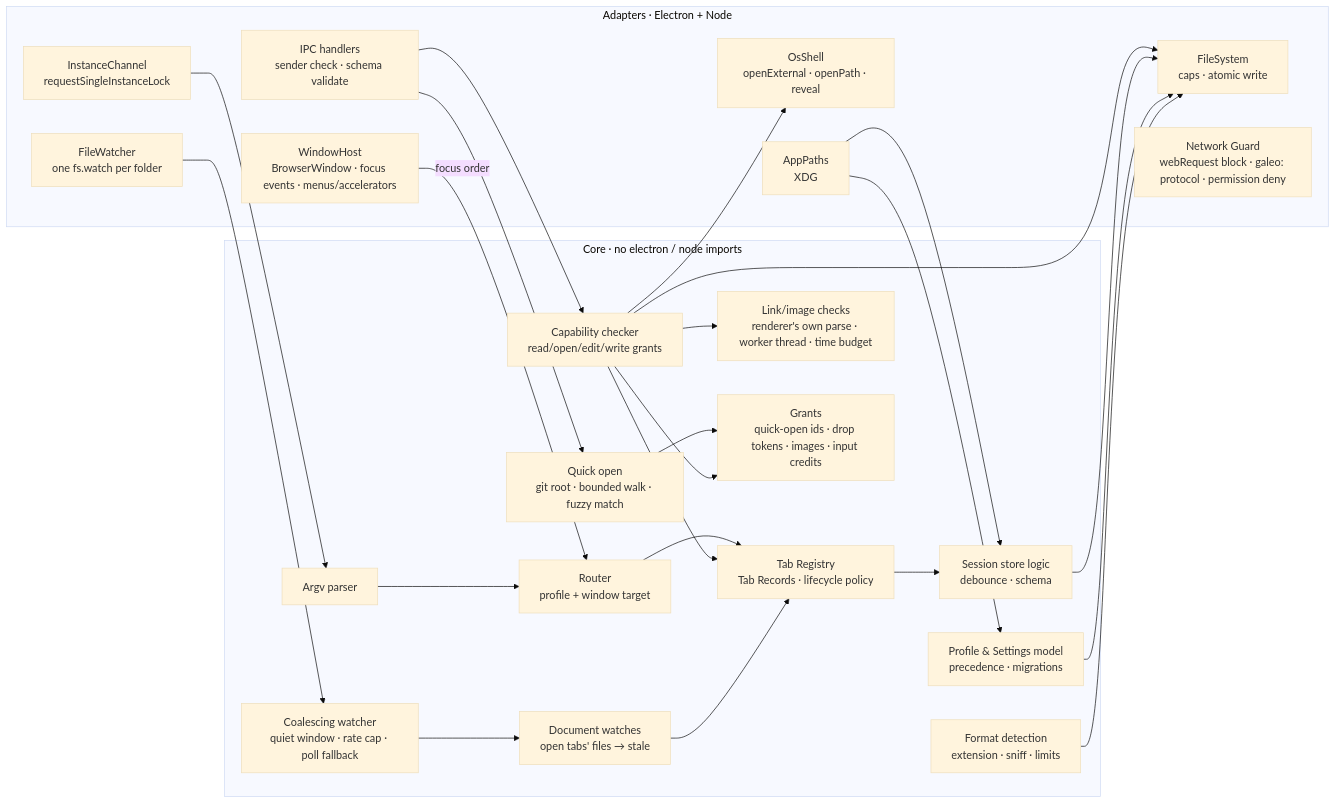
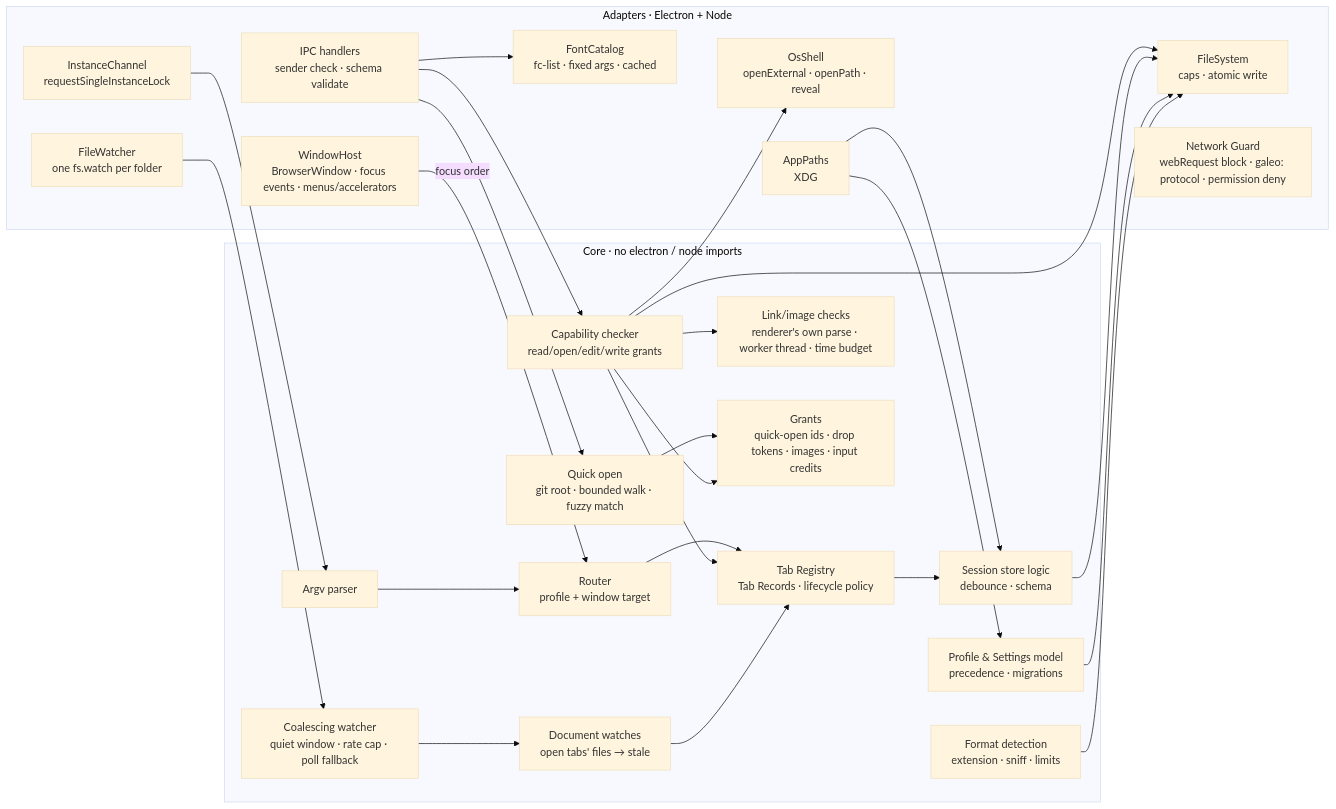
Before and after one commit to SWEStash/galeo: the third of 6 diagrams in docs/ARCHITECTURE.md, drawn with Mermaid (base theme). The commit also changed other lines of this file and 3 other files, not shown here.

First line of the commit message:
docs: reader width, font listing and About in the architecture and threat model

````diff
--- a/docs/ARCHITECTURE.md
+++ b/docs/ARCHITECTURE.md
@@ -137,39 +139,41 @@
 ```mermaid
 flowchart LR
   subgraph core[Core · no electron / node imports]
     argv[Argv parser]
     routing[Router<br/>profile + window target]
     reg[Tab Registry<br/>Tab Records · lifecycle policy]
     prof[Profile & Settings model<br/>precedence · migrations]
     sess[Session store logic<br/>debounce · schema]
     caps[Capability checker<br/>read/open/edit/write grants]
     links[Link/image checks<br/>renderer's own parse · worker thread · time budget]
     fmt[Format detection<br/>extension · sniff · limits]
     coal[Coalescing watcher<br/>quiet window · rate cap · poll fallback]
     dw[Document watches<br/>open tabs' files → stale]
     qoc[Quick open<br/>git root · bounded walk · fuzzy match]
     grants[Grants<br/>quick-open ids · drop tokens · images · input credits]
   end
   subgraph adapt[Adapters · Electron + Node]
     inst[InstanceChannel<br/>requestSingleInstanceLock]
     win[WindowHost<br/>BrowserWindow · focus events · menus/accelerators]
     fsys[FileSystem<br/>caps · atomic write]
     watch[FileWatcher<br/>one fs.watch per folder]
     shellp[OsShell<br/>openExternal · openPath · reveal]
+    fonts[FontCatalog<br/>fc-list · fixed args · cached]
     paths[AppPaths<br/>XDG]
     ipc[IPC handlers<br/>sender check · schema validate]
     netg[Network Guard<br/>webRequest block · galeo: protocol · permission deny]
   end
   inst --> argv --> routing --> reg
   win -- focus order --> routing
   ipc --> caps
   caps --> links & reg
   caps --> fsys & shellp
   reg --> sess --> fsys
   prof --> fsys
   fmt --> fsys
   watch --> coal --> dw --> reg
   ipc --> qoc --> grants
+  ipc --> fonts
   caps --> grants
   paths --> sess & prof
 ```
````
